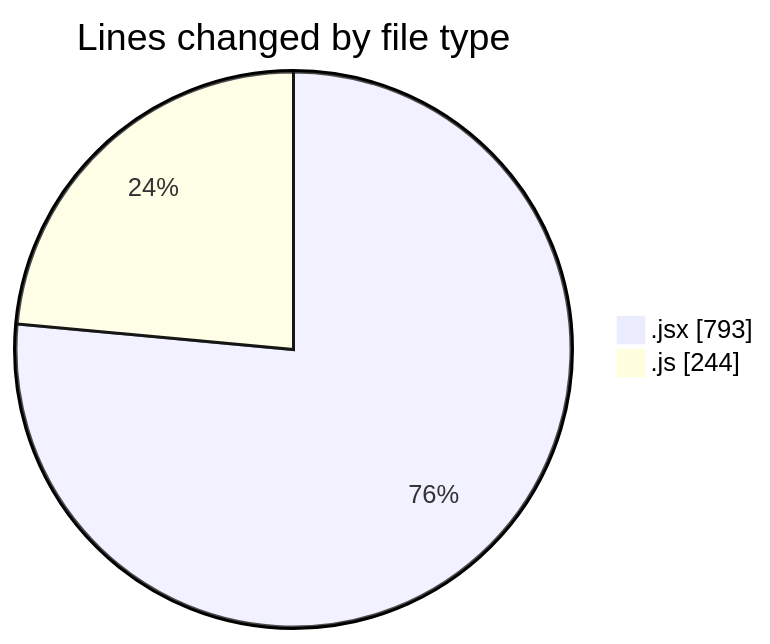
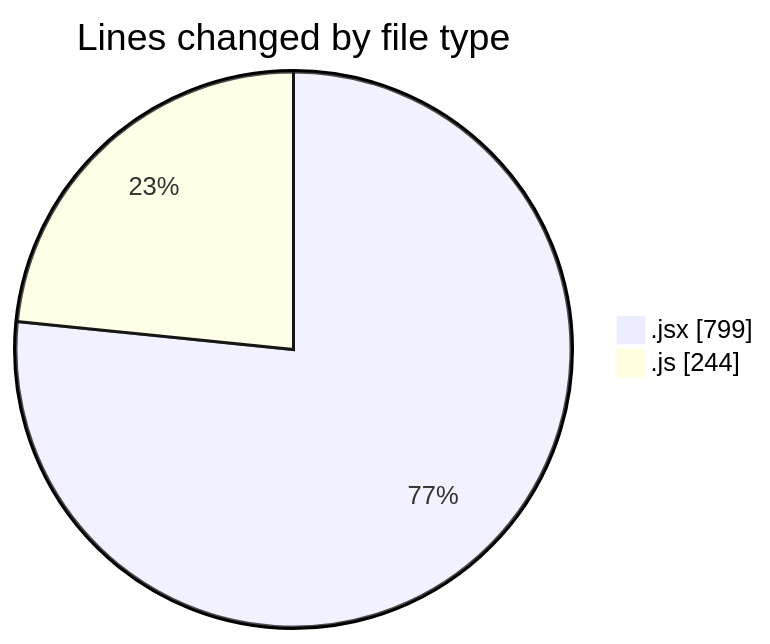
The first of 2 diagrams in 2025-12-14/nxtqube_webapp/README.md (nxtqubesakshisongat/code-tracking), drawn with Mermaid before and after one commit. The commit also changed other lines of this file and 1 other file, not shown here.

````diff
--- a/2025-12-14/nxtqube_webapp/README.md
+++ b/2025-12-14/nxtqube_webapp/README.md
@@ -22,6 +22,6 @@
 ```mermaid
 pie showData
 title Lines changed by file type
-".jsx" : 793
+".jsx" : 799
 ".js" : 244
 ```
````
